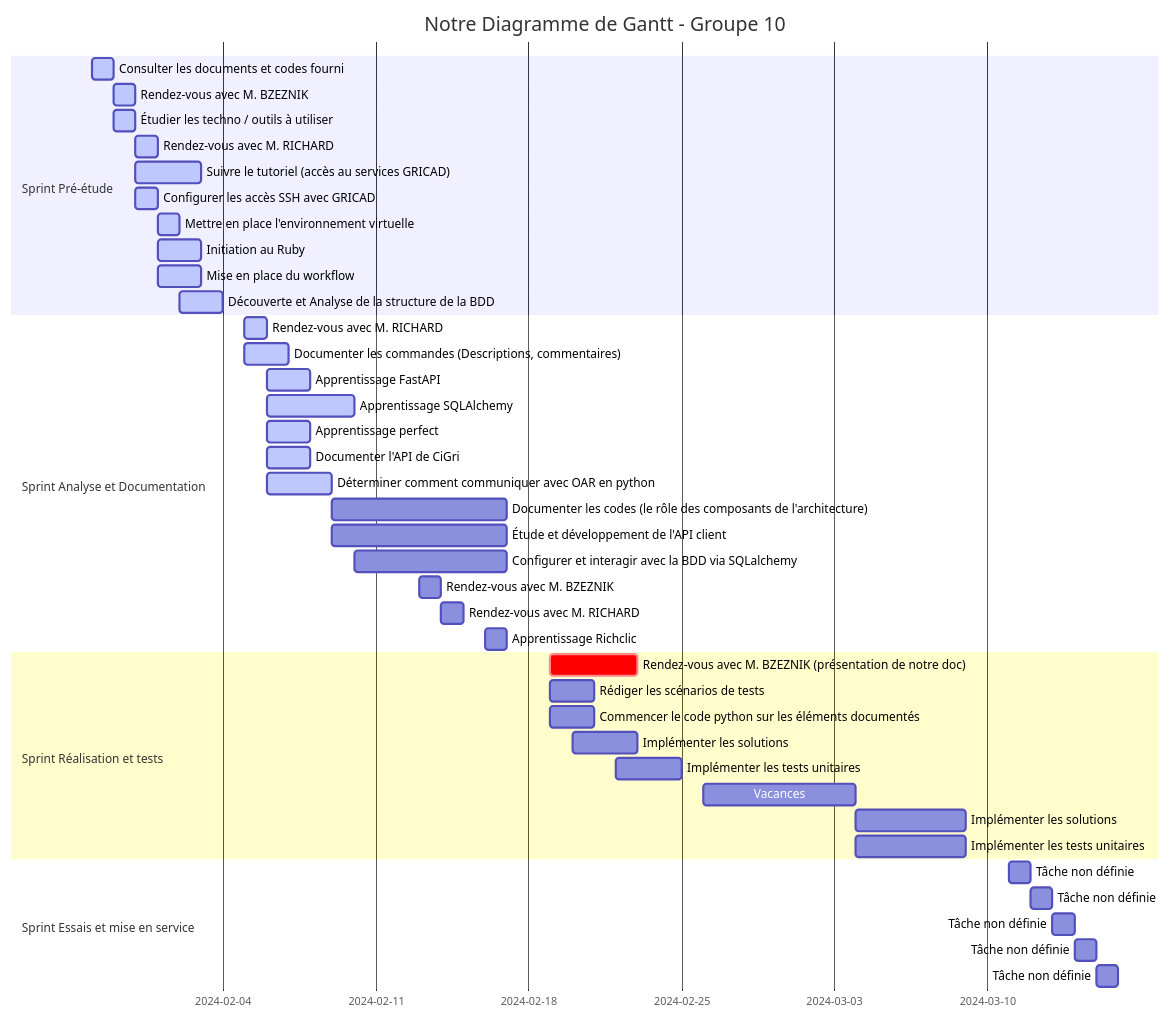
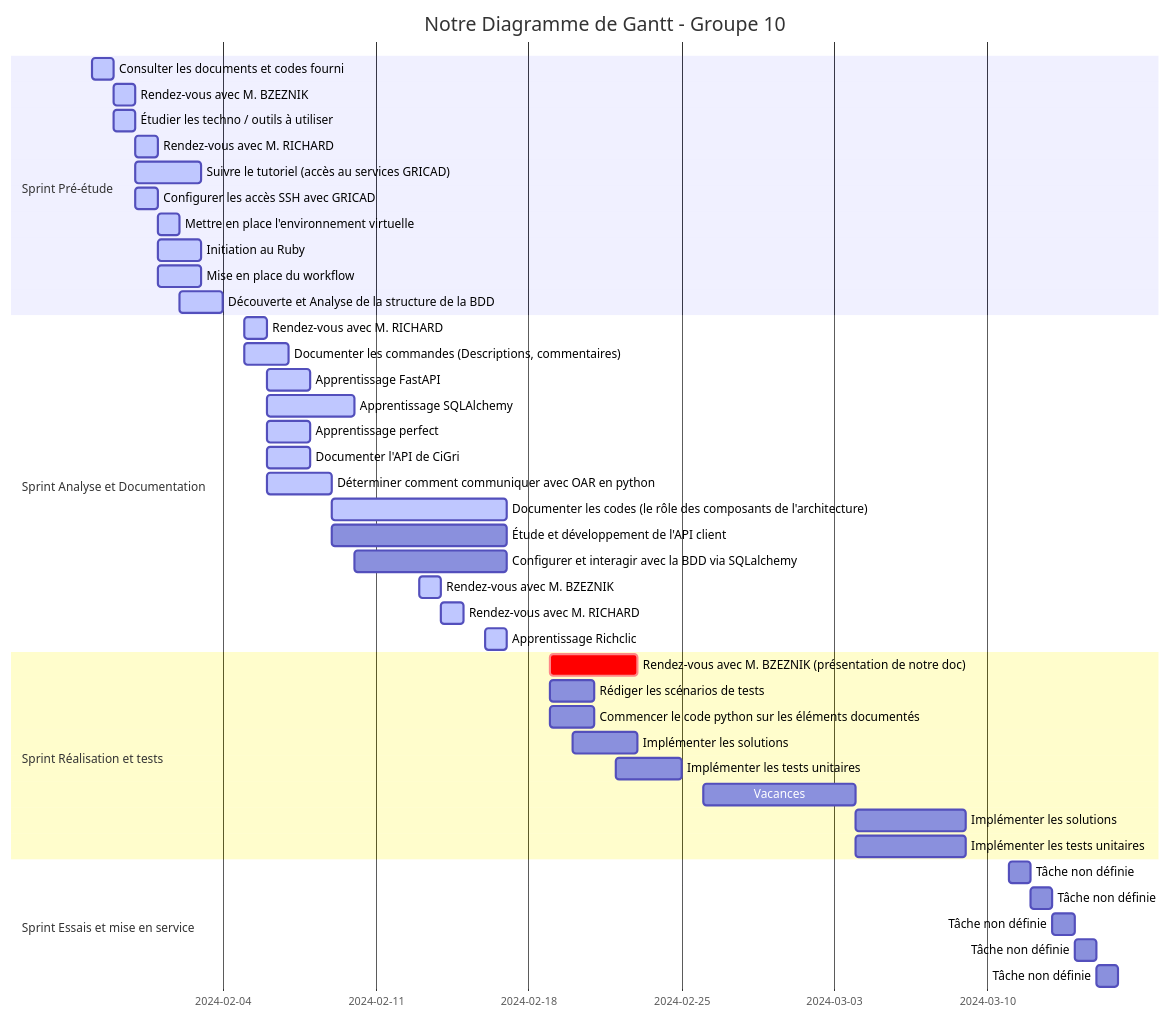
One commit to 2023-2024-PROJET-S10-G10/docs changed the diagram in gantt_diagram.md. Above: the diagram before and after it, drawn with Mermaid. The commit also changed 2 other files, not shown here.

Commit message:
updated logbook, daily and gantt

````diff
--- a/gantt_diagram.md
+++ b/gantt_diagram.md
@@ -1,45 +1,45 @@
 ```mermaid
 gantt
     title Notre Diagramme de Gantt - Groupe 10
     dateFormat YYYY-MM-DD
     section Sprint Pré-étude
         Consulter les documents et codes fourni                         :active, 2024-01-29, 1d
         Rendez-vous avec M. BZEZNIK                                     :active, 2024-01-30, 1d
         Étudier les techno / outils à utiliser                          :active, 2024-01-30, 1d
         Rendez-vous avec M. RICHARD                                     :active, 2024-01-31, 1d
         Suivre le tutoriel (accès au services GRICAD)                   :active, 2024-01-31, 3d
         Configurer les accès SSH avec GRICAD                            :active, 2024-01-31, 1d
         Mettre en place l'environnement virtuelle                       :active, 2024-02-01, 1d
         Initiation au Ruby                                              :active, 2024-02-01, 2d
         Mise en place du workflow                                       :active, 2024-02-01, 2d
         Découverte et Analyse de la structure de la BDD                 :active, 2024-02-02, 2d
     section Sprint Analyse et Documentation
         Rendez-vous avec M. RICHARD                                     :active, 2024-02-05, 1d
         Documenter les commandes (Descriptions, commentaires)           :active, 2024-02-05, 2d
         Apprentissage FastAPI                                           :active, 2024-02-06, 2d
         Apprentissage SQLAlchemy                                        :active, 2024-02-06, 4d
         Apprentissage perfect                                           :active, 2024-02-06, 2d
         Documenter l'API de CiGri                                       :active, 2024-02-06, 2d
         Déterminer comment communiquer avec OAR en python               :active, 2024-02-06, 3d
-        Documenter les codes (le rôle des composants de l'architecture) : 2024-02-09, 8d
+        Documenter les codes (le rôle des composants de l'architecture) :active, 2024-02-09, 8d
         Étude et développement de l'API client                          : 2024-02-09, 8d
         Configurer et interagir avec la BDD via SQLalchemy              : 2024-02-10, 7d
-        Rendez-vous avec M. BZEZNIK                                     : 2024-02-13, 1d
-        Rendez-vous avec M. RICHARD                                     : 2024-02-14, 1d
-        Apprentissage Richclic                                          : 2024-02-16, 1d
+        Rendez-vous avec M. BZEZNIK                                     :active, 2024-02-13, 1d
+        Rendez-vous avec M. RICHARD                                     :active, 2024-02-14, 1d
+        Apprentissage Richclic                                          :active, 2024-02-16, 1d
     section Sprint Réalisation et tests
         Rendez-vous avec M. BZEZNIK (présentation de notre doc)         :crit, 2024-02-19, 4d
         Rédiger les scénarios de tests                                  : 2024-02-19, 2d
         Commencer le code python sur les éléments documentés            : 2024-02-19, 2d
         Implémenter les solutions                                       : 2024-02-20, 3d
         Implémenter les tests unitaires                                 : 2024-02-22, 3d
         Vacances                                                        : 2024-02-26, 7d
         Implémenter les solutions                                       : 2024-03-04, 5d
         Implémenter les tests unitaires                                 : 2024-03-04, 5d
     section Sprint Essais et mise en service
         Tâche non définie                        : 2024-03-11, 1d
         Tâche non définie                        : 2024-03-12, 1d
         Tâche non définie                        : 2024-03-13, 1d
         Tâche non définie                        : 2024-03-14, 1d
         Tâche non définie                        : 2024-03-15, 1d
 ```
````
